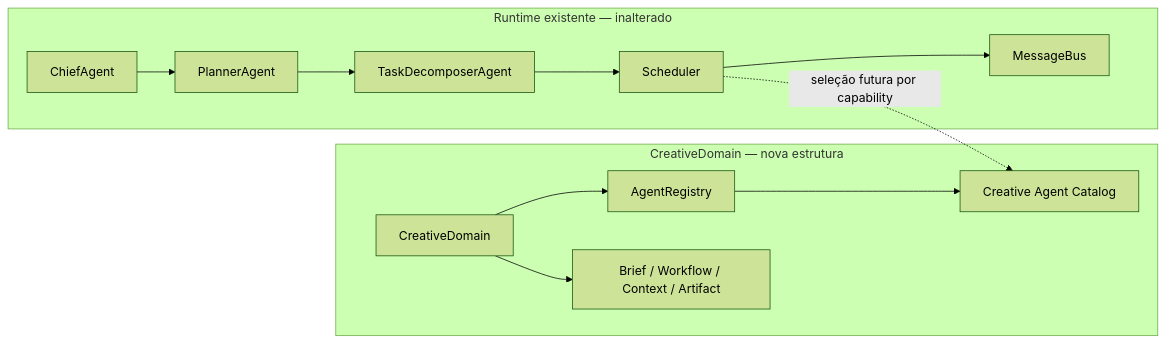
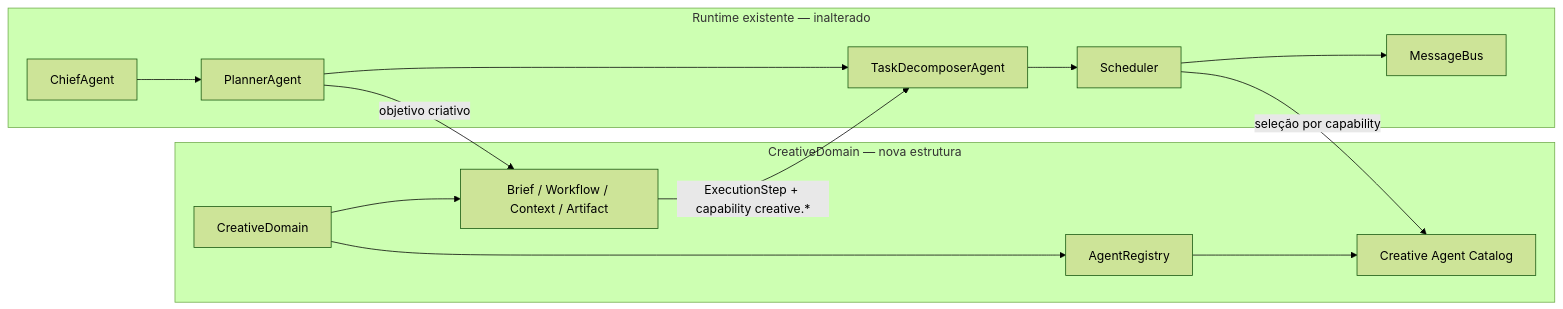
The second of 4 diagrams in docs/CREATIVE_DOMAIN.md (eltonjr13/kaoz.1), drawn with Mermaid (forest theme) before and after one commit. The commit also changed other lines of this file and 1 other file, not shown here.

Commit message:
docs: add architectural documentation for CreativeDomain and multiagent runtime structure

````diff
--- a/docs/CREATIVE_DOMAIN.md
+++ b/docs/CREATIVE_DOMAIN.md
@@ -44,21 +44,23 @@
 ```mermaid
 flowchart LR
     subgraph Runtime["Runtime existente — inalterado"]
         CH["ChiefAgent"] --> PL["PlannerAgent"]
         PL --> TD["TaskDecomposerAgent"]
         TD --> SC["Scheduler"]
         SC --> MB["MessageBus"]
     end
 
     subgraph Creative["CreativeDomain — nova estrutura"]
         REG["AgentRegistry"]
         DOM["CreativeDomain"]
         FUT["Creative Agent Catalog"]
         VAL["Brief / Workflow / Context / Artifact"]
         DOM --> REG
         REG --> FUT
         DOM --> VAL
     end
 
-    SC -. "seleção futura por capability" .-> FUT
+    PL -->|"objetivo criativo"| VAL
+    VAL -->|"ExecutionStep + capability creative.*"| TD
+    SC -->|"seleção por capability"| FUT
 ```
````
